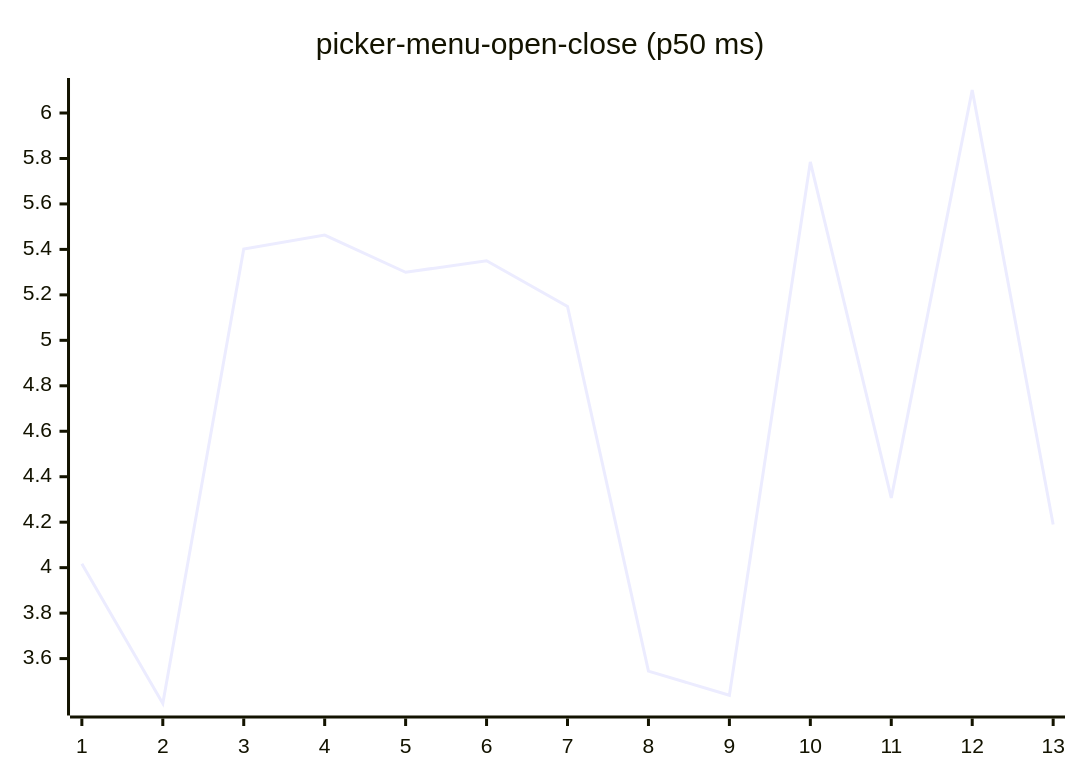
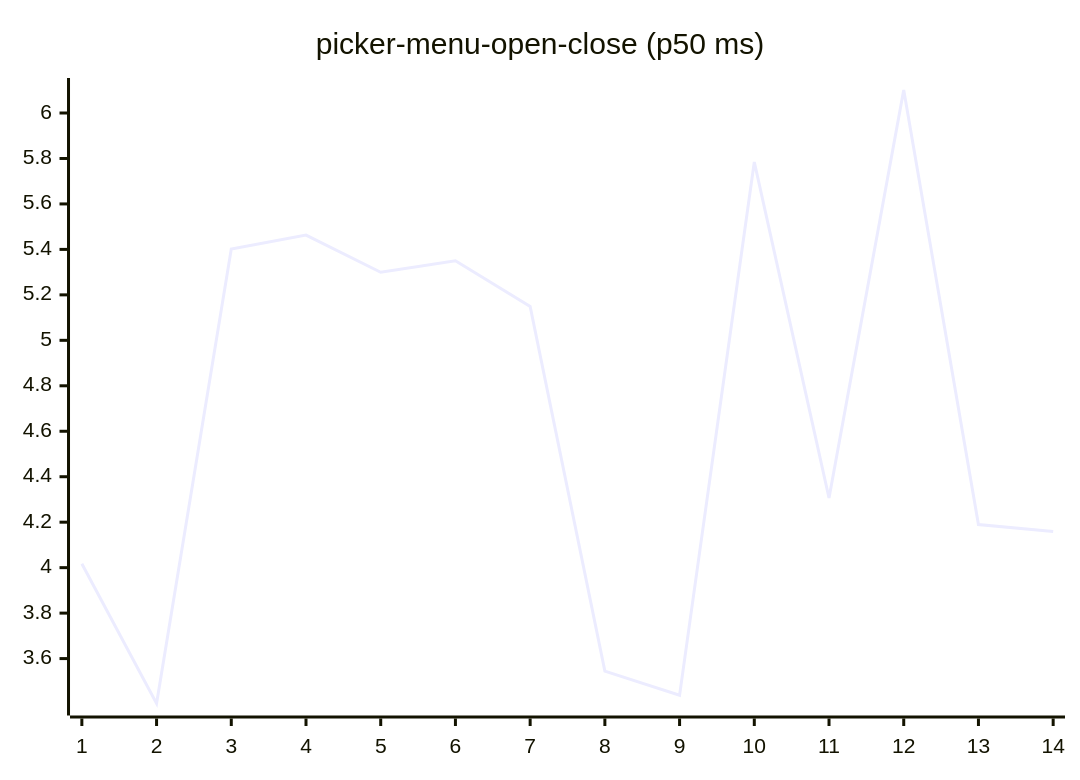
One commit to josha/Facet changed diagram 16 of 27 in README.md. Above: the diagram before and after it, drawn with Mermaid. The commit also changed other lines of this file and 2 other files, not shown here.

````diff
--- a/README.md
+++ b/README.md
@@ -168,6 +168,6 @@
 ```mermaid
 xychart-beta
     title "picker-menu-open-close (p50 ms)"
-    x-axis 1 --> 13
-    line [4.0174, 3.4024, 5.4017, 5.4631, 5.2994, 5.3502, 5.1493, 3.5447, 3.4388, 5.7846, 4.3066, 6.1012, 4.1897]
+    x-axis 1 --> 14
+    line [4.0174, 3.4024, 5.4017, 5.4631, 5.2994, 5.3502, 5.1493, 3.5447, 3.4388, 5.7846, 4.3066, 6.1012, 4.1897, 4.1591]
 ```
````
